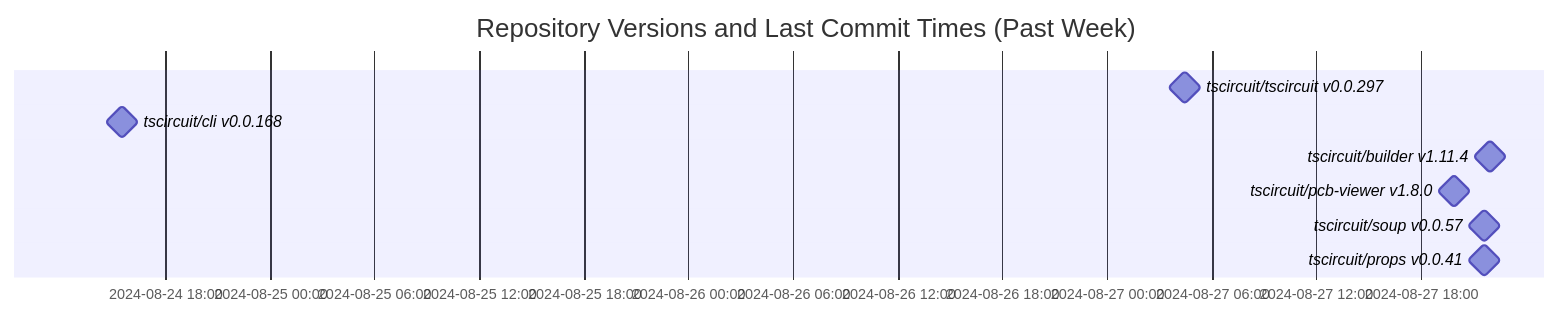
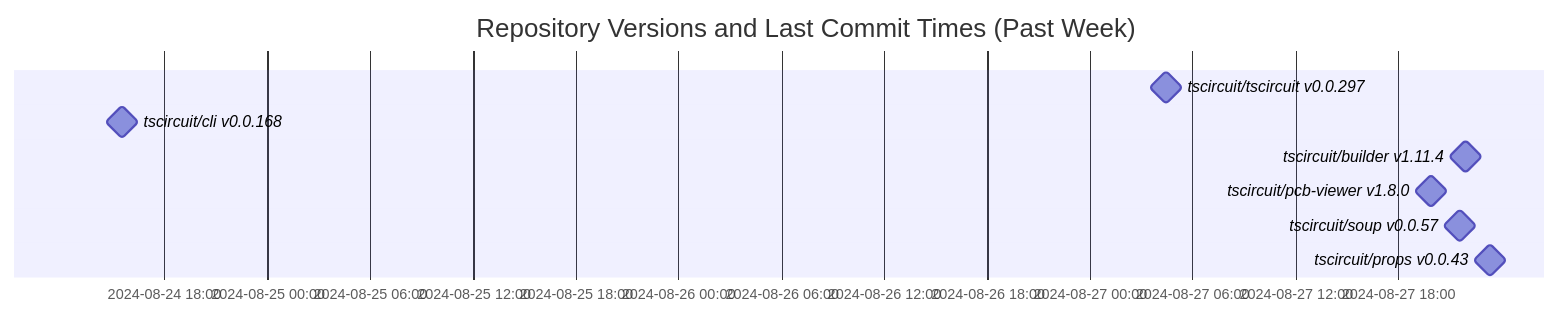
The diagram in README.md (tscircuit/version-tracker), drawn with Mermaid before and after one commit.

Commit message:
Update chart

````diff
--- a/README.md
+++ b/README.md
@@ -1,13 +1,13 @@
 ```mermaid
 gantt
   dateFormat  YYYY-MM-DD HH:mm:ss
   title Repository Versions and Last Commit Times (Past Week)
   axisFormat %Y-%m-%d %H:%M
 
   tscircuit/tscircuit v0.0.297 : milestone, 2024-08-27 04:25:04, 1s
   tscircuit/cli v0.0.168 : milestone, 2024-08-24 15:32:19, 1s
   tscircuit/builder v1.11.4 : milestone, 2024-08-27 21:56:45, 1s
   tscircuit/pcb-viewer v1.8.0 : milestone, 2024-08-27 19:53:15, 1s
   tscircuit/soup v0.0.57 : milestone, 2024-08-27 21:37:32, 1s
-  tscircuit/props v0.0.41 : milestone, 2024-08-27 21:35:18, 1s
+  tscircuit/props v0.0.43 : milestone, 2024-08-27 23:21:38, 1s
 ```
````
